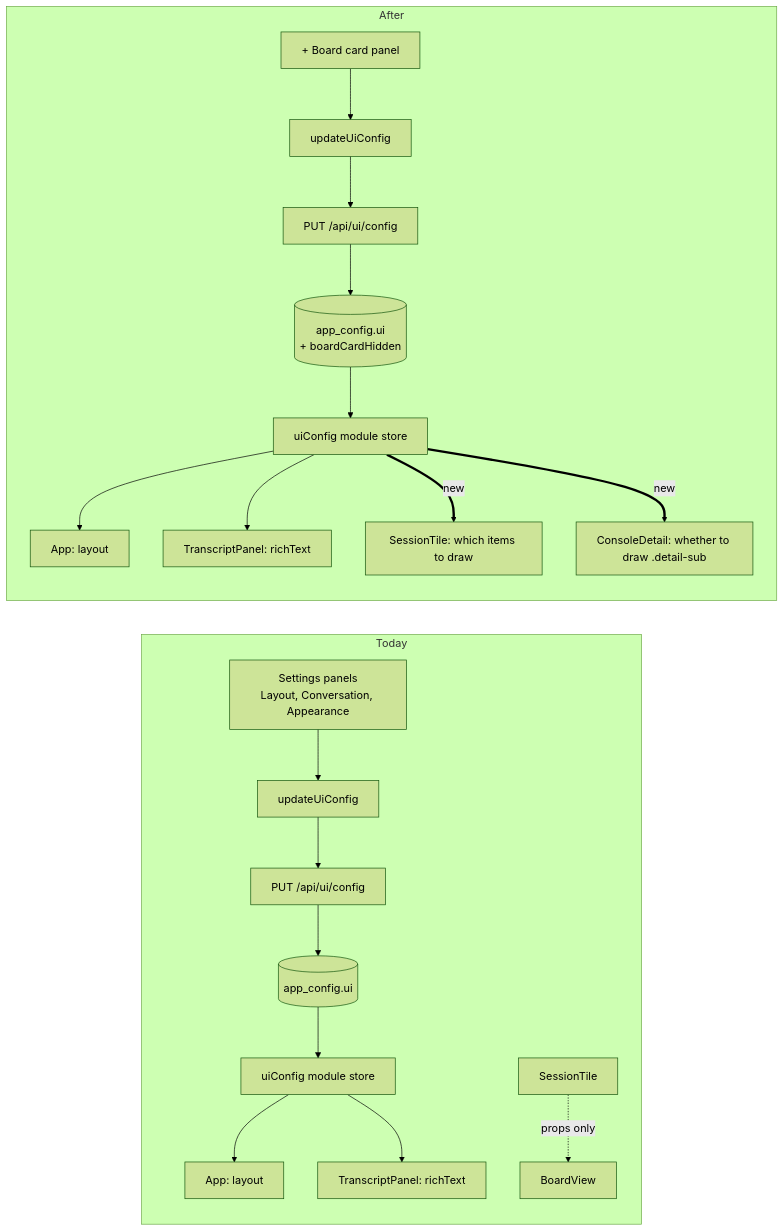
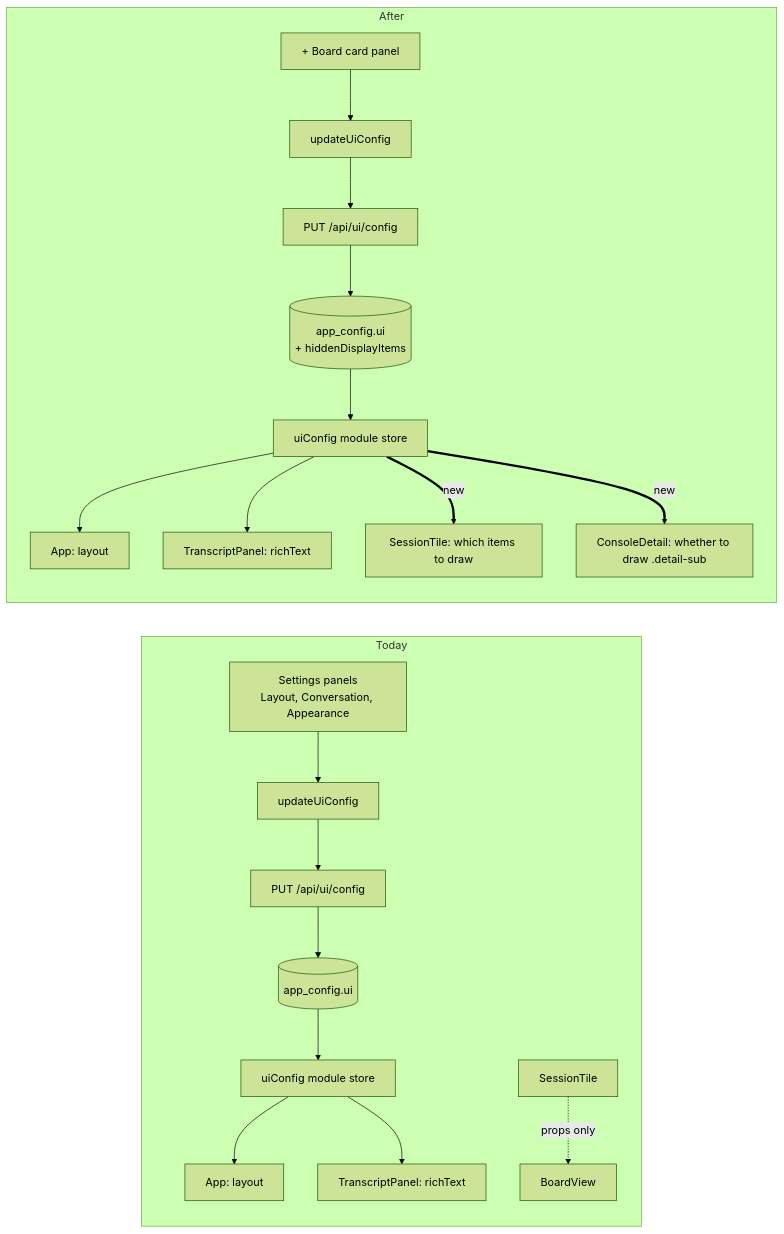
Before and after one commit to teamupstart/mission-control: the first of 2 diagrams in docs/plans/board-card-customization/plan.md, drawn with Mermaid (forest theme). The commit also changed other lines of this file and 5 other files, not shown here.

First line of the commit message:
docs: phase board card customization into two merge units

````diff
--- a/docs/plans/board-card-customization/plan.md
+++ b/docs/plans/board-card-customization/plan.md
@@ -315,20 +321,20 @@
 ```mermaid
 graph LR
   subgraph Today
     P1[Settings panels<br/>Layout, Conversation, Appearance] --> U1[updateUiConfig]
     U1 --> R1[PUT /api/ui/config] --> D1[(app_config.ui)]
     D1 --> S1[uiConfig module store]
     S1 --> A1[App: layout]
     S1 --> T1[TranscriptPanel: richText]
     ST1[SessionTile] -.->|props only| BV1[BoardView]
   end
   subgraph After
     P2[+ Board card panel] --> U2[updateUiConfig]
-    U2 --> R2[PUT /api/ui/config] --> D2[(app_config.ui<br/>+ boardCardHidden)]
+    U2 --> R2[PUT /api/ui/config] --> D2[(app_config.ui<br/>+ hiddenDisplayItems)]
     D2 --> S2[uiConfig module store]
     S2 --> A2[App: layout]
     S2 --> T2[TranscriptPanel: richText]
     S2 ==>|new| ST2[SessionTile: which items to draw]
     S2 ==>|new| CD2[ConsoleDetail: whether to draw .detail-sub]
   end
 ```
````
